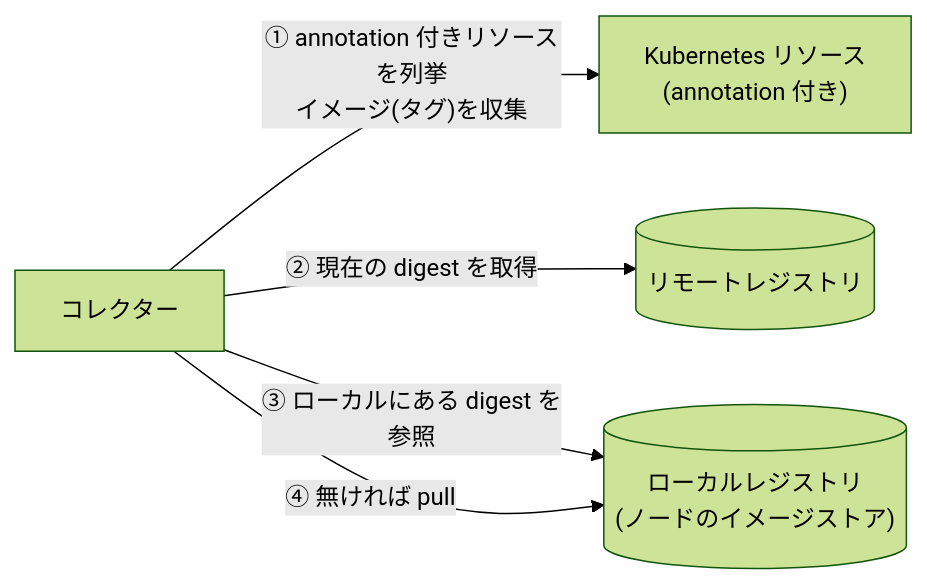
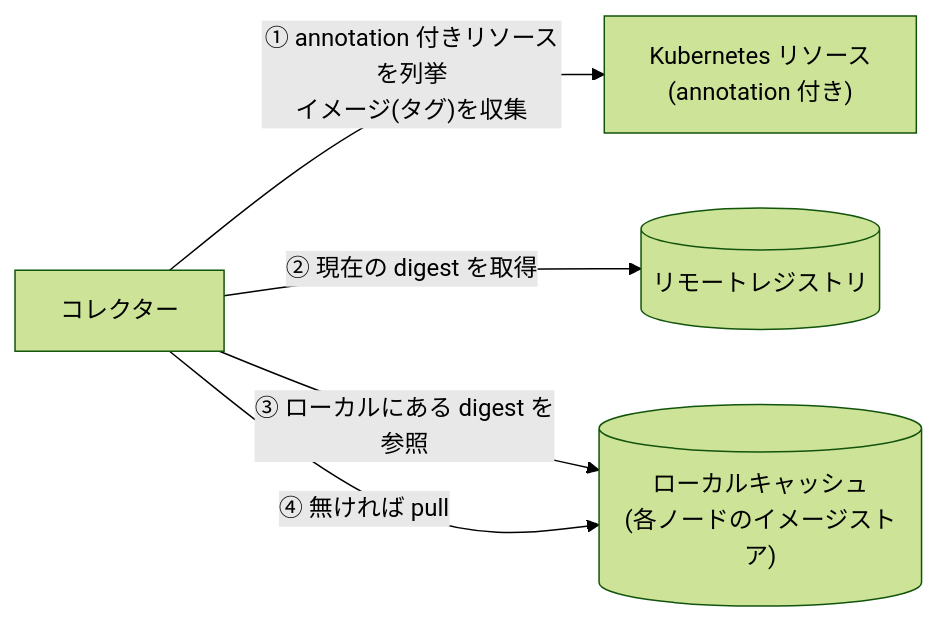
The first of 2 diagrams in README.md (sasano8/kube-floatingtag-pinner), drawn with Mermaid (forest theme) before and after one commit. The commit also changed other lines of this file and 4 other files, not shown here.

````diff
--- a/README.md
+++ b/README.md
@@ -36,12 +36,12 @@
 ```mermaid
 flowchart LR
     K["Kubernetes リソース<br/>(annotation 付き)"]
     C["コレクター"]
-    L[("ローカルレジストリ<br/>(ノードのイメージストア)")]
+    L[("ローカルキャッシュ<br/>(各ノードのイメージストア)")]
     R[("リモートレジストリ")]
 
     C -- "① annotation 付きリソースを列挙<br/>イメージ(タグ)を収集" --> K
     C -- "② 現在の digest を取得" --> R
     C -- "③ ローカルにある digest を参照" --> L
     C -- "④ 無ければ pull" --> L
 ```
````
